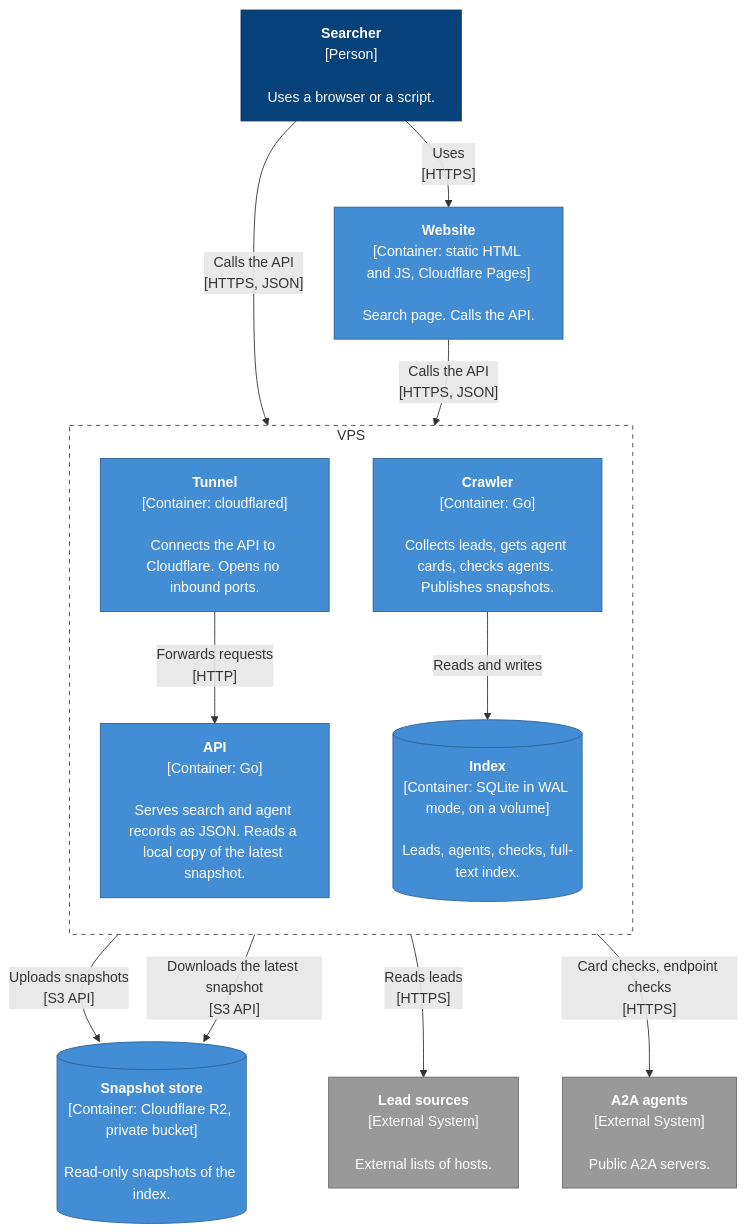
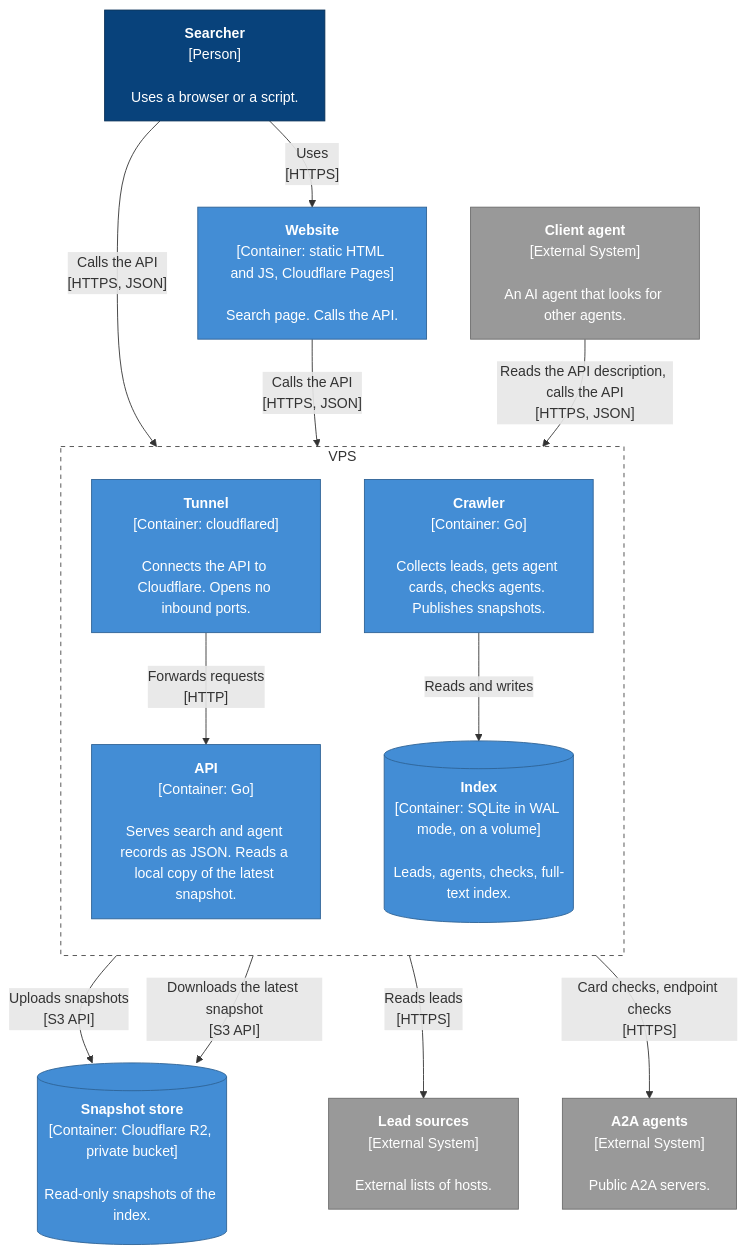
One commit to sbOogway/openagentindex changed the second of 6 diagrams in spec.md. Above: the diagram before and after it, drawn with Mermaid. The commit also changed other lines of this file, not shown here.

First line of the commit message:
docs(spec): make agents first-class users of the API

````diff
--- a/spec.md
+++ b/spec.md
@@ -66,37 +70,39 @@
 ```mermaid
 flowchart TB
   searcher["<b>Searcher</b><br/>[Person]<br/><br/>Uses a browser or a script."]
+  client["<b>Client agent</b><br/>[External System]<br/><br/>An AI agent that looks for other agents."]
   web["<b>Website</b><br/>[Container: static HTML and JS, Cloudflare Pages]<br/><br/>Search page. Calls the API."]
 
   subgraph vps["VPS"]
     direction TB
   tunnel["<b>Tunnel</b><br/>[Container: cloudflared]<br/><br/>Connects the API to Cloudflare. Opens no inbound ports."]
   api["<b>API</b><br/>[Container: Go]<br/><br/>Serves search and agent records as JSON. Reads a local copy of the latest snapshot."]
   crawler["<b>Crawler</b><br/>[Container: Go]<br/><br/>Collects leads, gets agent cards, checks agents. Publishes snapshots."]
   db[("<b>Index</b><br/>[Container: SQLite in WAL mode, on a volume]<br/><br/>Leads, agents, checks, full-text index.")]
   end
 
   r2[("<b>Snapshot store</b><br/>[Container: Cloudflare R2, private bucket]<br/><br/>Read-only snapshots of the index.")]
   sources["<b>Lead sources</b><br/>[External System]<br/><br/>External lists of hosts."]
   agents["<b>A2A agents</b><br/>[External System]<br/><br/>Public A2A servers."]
 
   searcher -- "Uses<br/>[HTTPS]" --> web
   searcher -- "Calls the API<br/>[HTTPS, JSON]" --> tunnel
   web -- "Calls the API<br/>[HTTPS, JSON]" --> tunnel
+  client -- "Reads the API description, calls the API<br/>[HTTPS, JSON]" --> tunnel
   tunnel -- "Forwards requests<br/>[HTTP]" --> api
   crawler -- "Reads and writes" --> db
   crawler -- "Uploads snapshots<br/>[S3 API]" --> r2
   api -- "Downloads the latest snapshot<br/>[S3 API]" --> r2
   crawler -- "Reads leads<br/>[HTTPS]" --> sources
   crawler -- "Card checks, endpoint checks<br/>[HTTPS]" --> agents
 
   classDef person fill:#08427b,stroke:#052e56,color:#fff
   classDef system fill:#1168bd,stroke:#0b4884,color:#fff
   classDef external fill:#999999,stroke:#6b6b6b,color:#fff
   classDef container fill:#438dd5,stroke:#2e6295,color:#fff
   classDef component fill:#85bbf0,stroke:#5d82a8,color:#000
   class searcher person
   class web,tunnel,api,crawler,db,r2 container
-  class sources,agents external
+  class sources,agents,client external
   style vps fill:none,stroke:#444,stroke-dasharray:5 5
 ```
````
